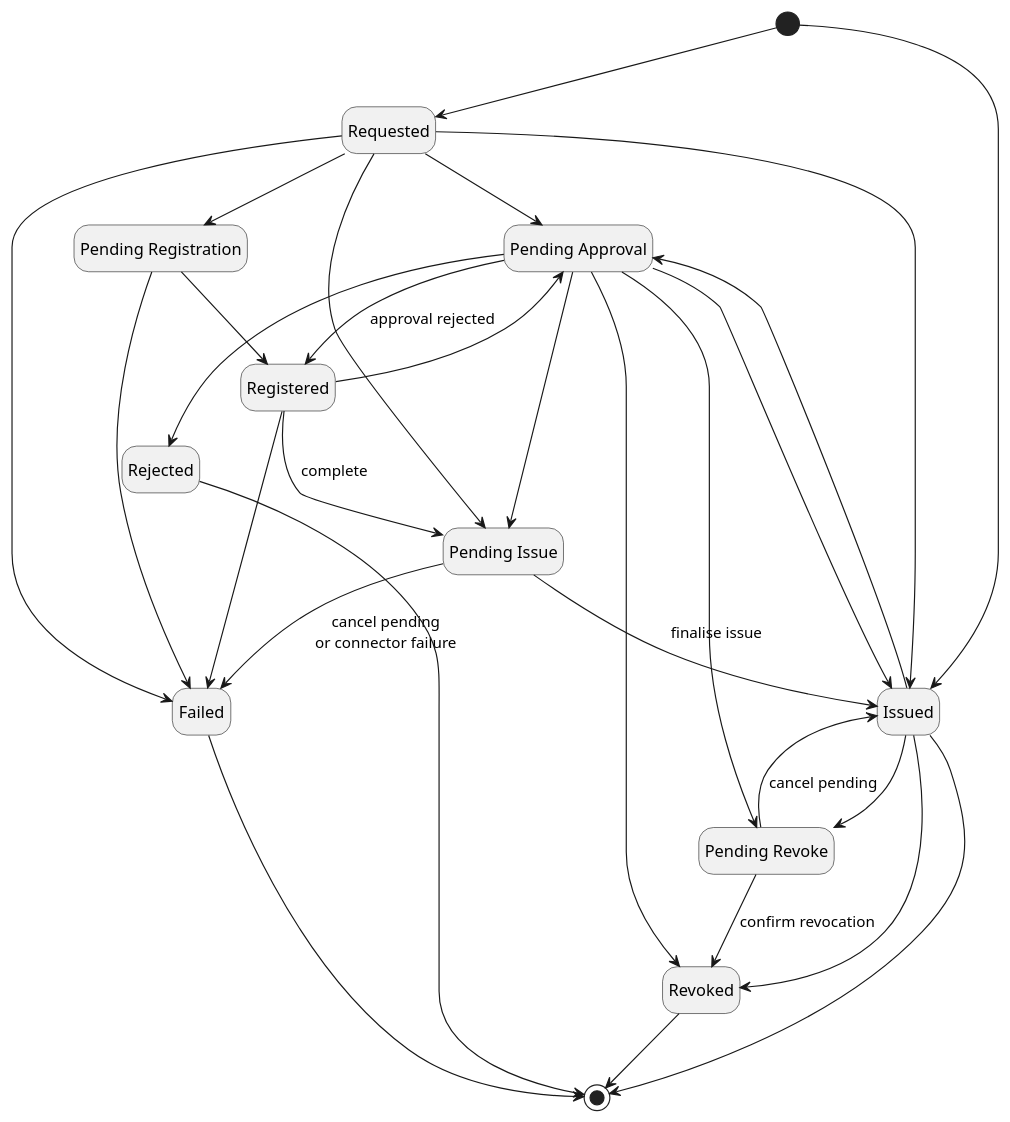
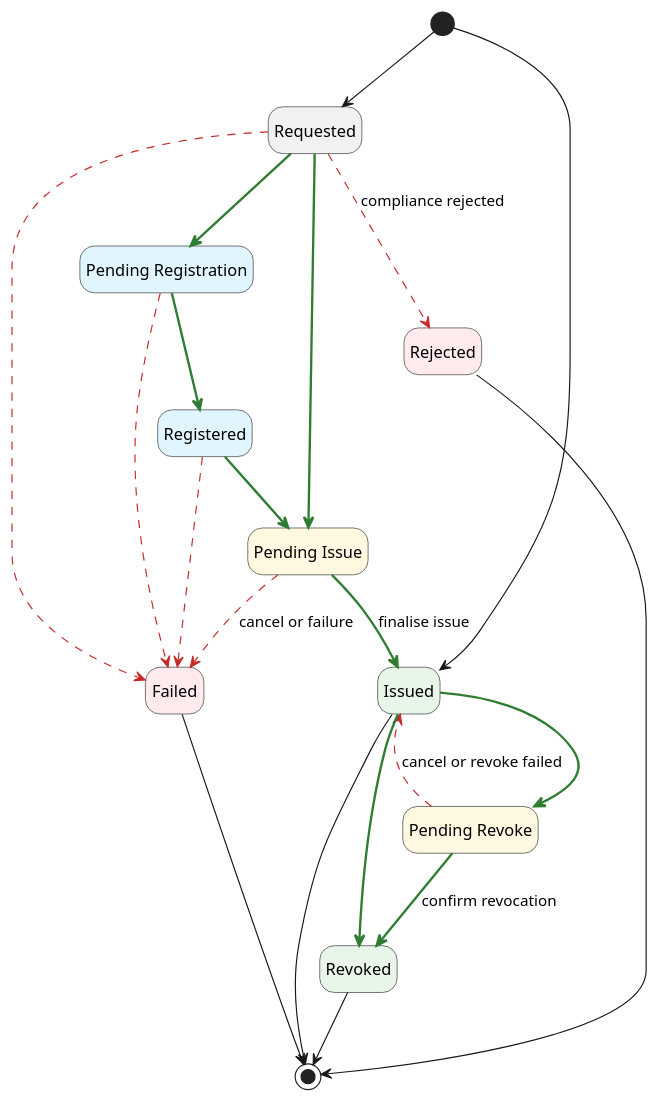
One commit to CZERTAINLY/CZERTAINLY-Documentation changed the first of 6 diagrams in docs/certificate-key/concept-design/core-components/certificate.md. Above: the diagram before and after it, drawn with PlantUML. The commit also changed other lines of this file and 13 other files, not shown here.

````diff
--- a/docs/certificate-key/concept-design/core-components/certificate.md
+++ b/docs/certificate-key/concept-design/core-components/certificate.md
@@ -49,40 +51,40 @@
 ```plantuml
 @startuml
 hide empty description
 
-state "Pending Approval" as PendingApproval
-state "Pending Issue" as PendingIssue
-state "Pending Revoke" as PendingRevoke
-state "Pending Registration" as PendingRegistration
+state "Pending Registration" as PendingRegistration #E1F5FE
+state "Registered" as Registered #E1F5FE
+state "Pending Issue" as PendingIssue #FFF8E1
+state "Pending Revoke" as PendingRevoke #FFF8E1
+state "Issued" as Issued #E8F5E9
+state "Revoked" as Revoked #E8F5E9
+state "Failed" as Failed #FFEBEE
+state "Rejected" as Rejected #FFEBEE
 
-  [*] --> Requested
-  [*] --> Issued
-  Requested --> Failed
-  Requested --> PendingApproval
-  Requested --> PendingIssue
-  Requested --> PendingRegistration
-  Requested --> Issued
-  PendingRegistration --> Registered
-  PendingRegistration --> Failed
-  Registered --> PendingIssue : complete
-  Registered --> PendingApproval
-  Registered --> Failed
-  PendingApproval --> Rejected
-  PendingApproval --> PendingIssue
-  PendingApproval --> PendingRevoke
-  PendingApproval --> Registered : approval rejected
-  PendingApproval --> Issued
-  PendingApproval --> Revoked
-  PendingIssue --> Issued : finalise issue
-  PendingIssue --> Failed : cancel pending\nor connector failure
-  PendingRevoke --> Revoked : confirm revocation
-  PendingRevoke --> Issued : cancel pending
-  Issued --> PendingApproval
-  Issued --> PendingRevoke
-  Issued --> Revoked
-  Rejected --> [*]
-  Failed --> [*]
-  Issued --> [*]
-  Revoked --> [*]
+[*] --> Requested
+[*] --> Issued
+
+' forward progress
+Requested -[#2E7D32,bold]-> PendingIssue
+PendingIssue -[#2E7D32,bold]-> Issued : finalise issue
+Requested -[#2E7D32,bold]-> PendingRegistration
+PendingRegistration -[#2E7D32,bold]-> Registered
+Registered -[#2E7D32,bold]-> PendingIssue
+Issued -[#2E7D32,bold]-> PendingRevoke
+PendingRevoke -[#2E7D32,bold]-> Revoked : confirm revocation
+Issued -[#2E7D32,bold]-> Revoked
+
+' failure / rejection / restore
+Requested -[#C62828,dashed]-> Failed
+Requested -[#C62828,dashed]-> Rejected : compliance rejected
+PendingIssue -[#C62828,dashed]-> Failed : cancel or failure
+PendingRegistration -[#C62828,dashed]-> Failed
+Registered -[#C62828,dashed]-> Failed
+PendingRevoke -[#C62828,dashed]-> Issued : cancel or revoke failed
+
+Rejected --> [*]
+Failed --> [*]
+Issued --> [*]
+Revoked --> [*]
 @enduml
 ```
````
